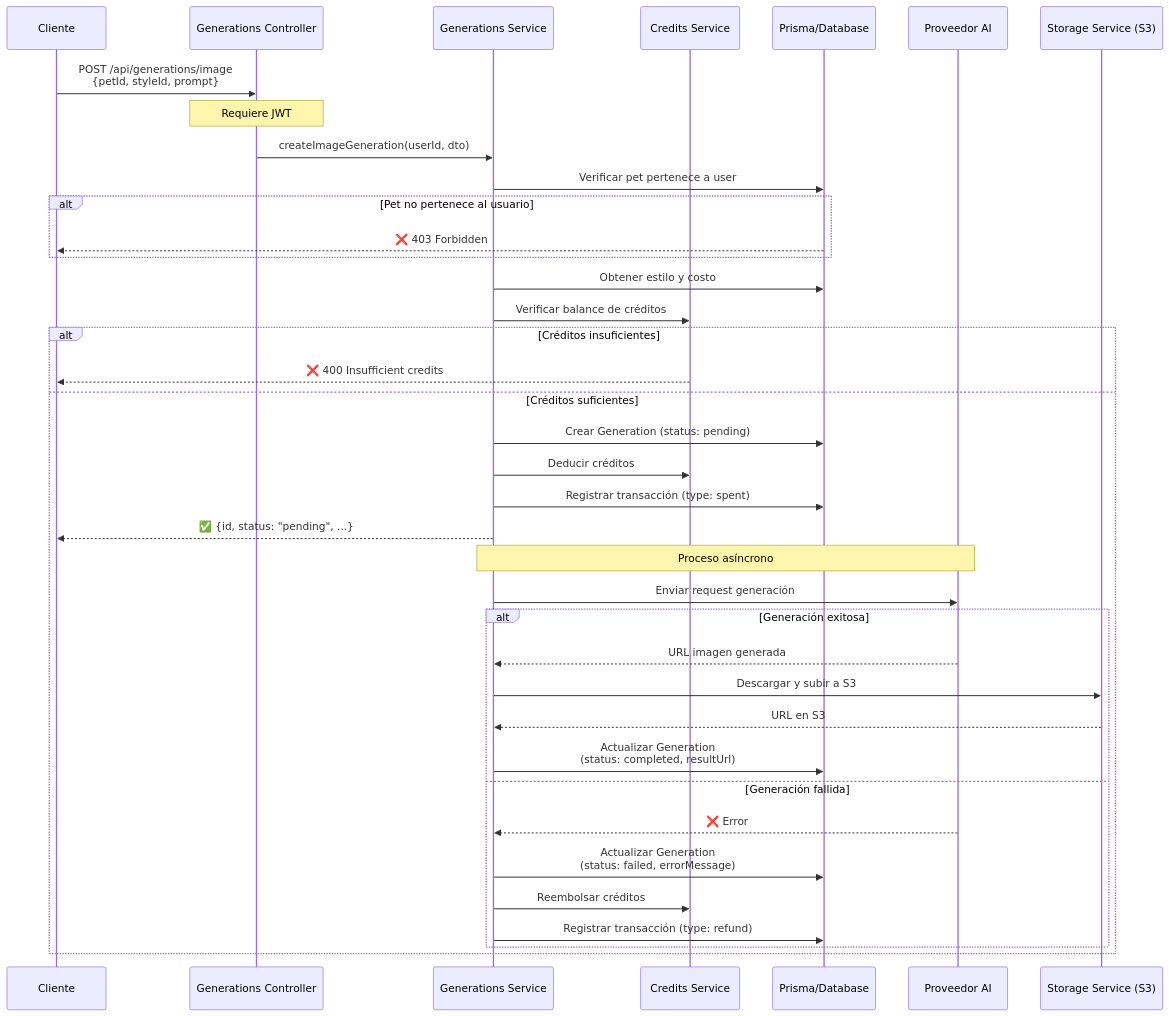
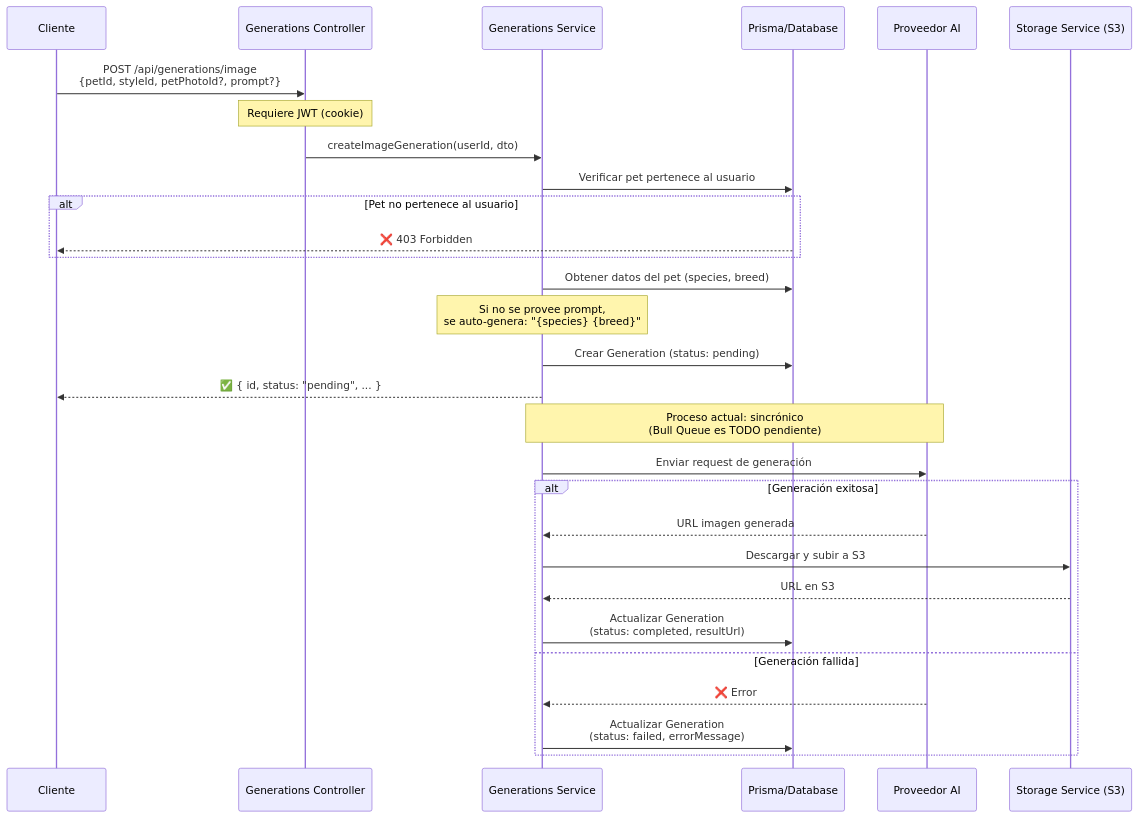
One commit to davitpra/backend-claw-and-soul- changed the eighth of 14 diagrams in FLUJOS.md. Above: the diagram before and after it, drawn with Mermaid. The commit also changed other lines of this file and 3 other files, not shown here.

Commit message:
feat(auth): update JWT strategy, guards, filters and flow documentation

````diff
--- a/FLUJOS.md
+++ b/FLUJOS.md
@@ -178,46 +240,37 @@
 ```mermaid
 sequenceDiagram
     participant C as Cliente
     participant API as Generations Controller
     participant S as Generations Service
-    participant CR as Credits Service
     participant DB as Prisma/Database
     participant AI as Proveedor AI
     participant ST as Storage Service (S3)
 
-    C->>API: POST /api/generations/image<br/>{petId, styleId, prompt}
-    Note over API: Requiere JWT
+    C->>API: POST /api/generations/image<br/>{petId, styleId, petPhotoId?, prompt?}
+    Note over API: Requiere JWT (cookie)
     API->>S: createImageGeneration(userId, dto)
 
-    S->>DB: Verificar pet pertenece a user
+    S->>DB: Verificar pet pertenece al usuario
     alt Pet no pertenece al usuario
         DB-->>C: ❌ 403 Forbidden
     end
 
-    S->>DB: Obtener estilo y costo
-    S->>CR: Verificar balance de créditos
+    S->>DB: Obtener datos del pet (species, breed)
+    Note over S: Si no se provee prompt,<br/>se auto-genera: "{species} {breed}"
 
-    alt Créditos insuficientes
-        CR-->>C: ❌ 400 Insufficient credits
-    else Créditos suficientes
-        S->>DB: Crear Generation (status: pending)
-        S->>CR: Deducir créditos
-        S->>DB: Registrar transacción (type: spent)
-        S-->>C: ✅ {id, status: "pending", ...}
+    S->>DB: Crear Generation (status: pending)
+    S-->>C: ✅ { id, status: "pending", ... }
 
-        Note over S,AI: Proceso asíncrono
-        S->>AI: Enviar request generación
+    Note over S,AI: Proceso actual: sincrónico<br/>(Bull Queue es TODO pendiente)
+    S->>AI: Enviar request de generación
 
-        alt Generación exitosa
-            AI-->>S: URL imagen generada
-            S->>ST: Descargar y subir a S3
-            ST-->>S: URL en S3
-            S->>DB: Actualizar Generation<br/>(status: completed, resultUrl)
-        else Generación fallida
-            AI-->>S: ❌ Error
-            S->>DB: Actualizar Generation<br/>(status: failed, errorMessage)
-            S->>CR: Reembolsar créditos
-            S->>DB: Registrar transacción (type: refund)
-        end
+    alt Generación exitosa
+        AI-->>S: URL imagen generada
+        S->>ST: Descargar y subir a S3
+        ST-->>S: URL en S3
+        S->>DB: Actualizar Generation<br/>(status: completed, resultUrl)
+    else Generación fallida
+        AI-->>S: ❌ Error
+        S->>DB: Actualizar Generation<br/>(status: failed, errorMessage)
     end
 ```
````
